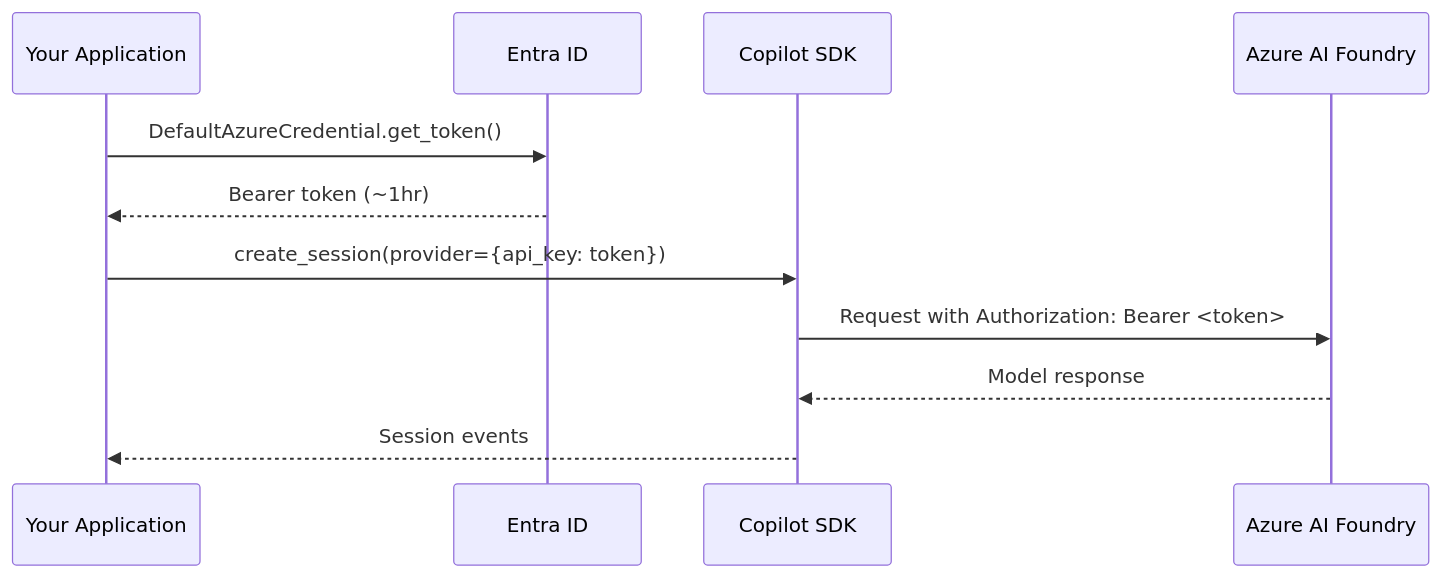
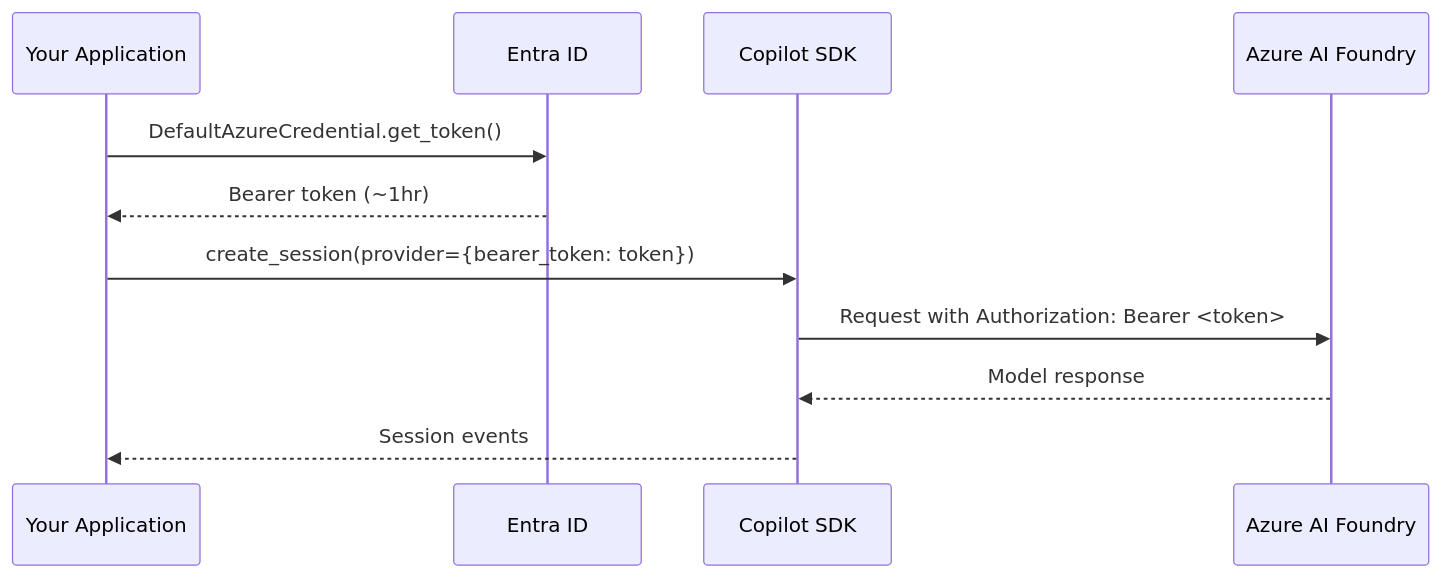
Before and after one commit to github/copilot-sdk: the diagram in docs/guides/setup/azure-managed-identity.md, drawn with Mermaid. The commit also changed other lines of this file, not shown here.

First line of the commit message:
Address review feedback: use bearer_token, fix relative links

````diff
--- a/docs/guides/setup/azure-managed-identity.md
+++ b/docs/guides/setup/azure-managed-identity.md
@@ -15,14 +15,14 @@
 ```mermaid
 sequenceDiagram
     participant App as Your Application
     participant AAD as Entra ID
     participant SDK as Copilot SDK
     participant Foundry as Azure AI Foundry
 
     App->>AAD: DefaultAzureCredential.get_token()
     AAD-->>App: Bearer token (~1hr)
-    App->>SDK: create_session(provider={api_key: token})
+    App->>SDK: create_session(provider={bearer_token: token})
     SDK->>Foundry: Request with Authorization: Bearer <token>
     Foundry-->>SDK: Model response
     SDK-->>App: Session events
 ```
````
